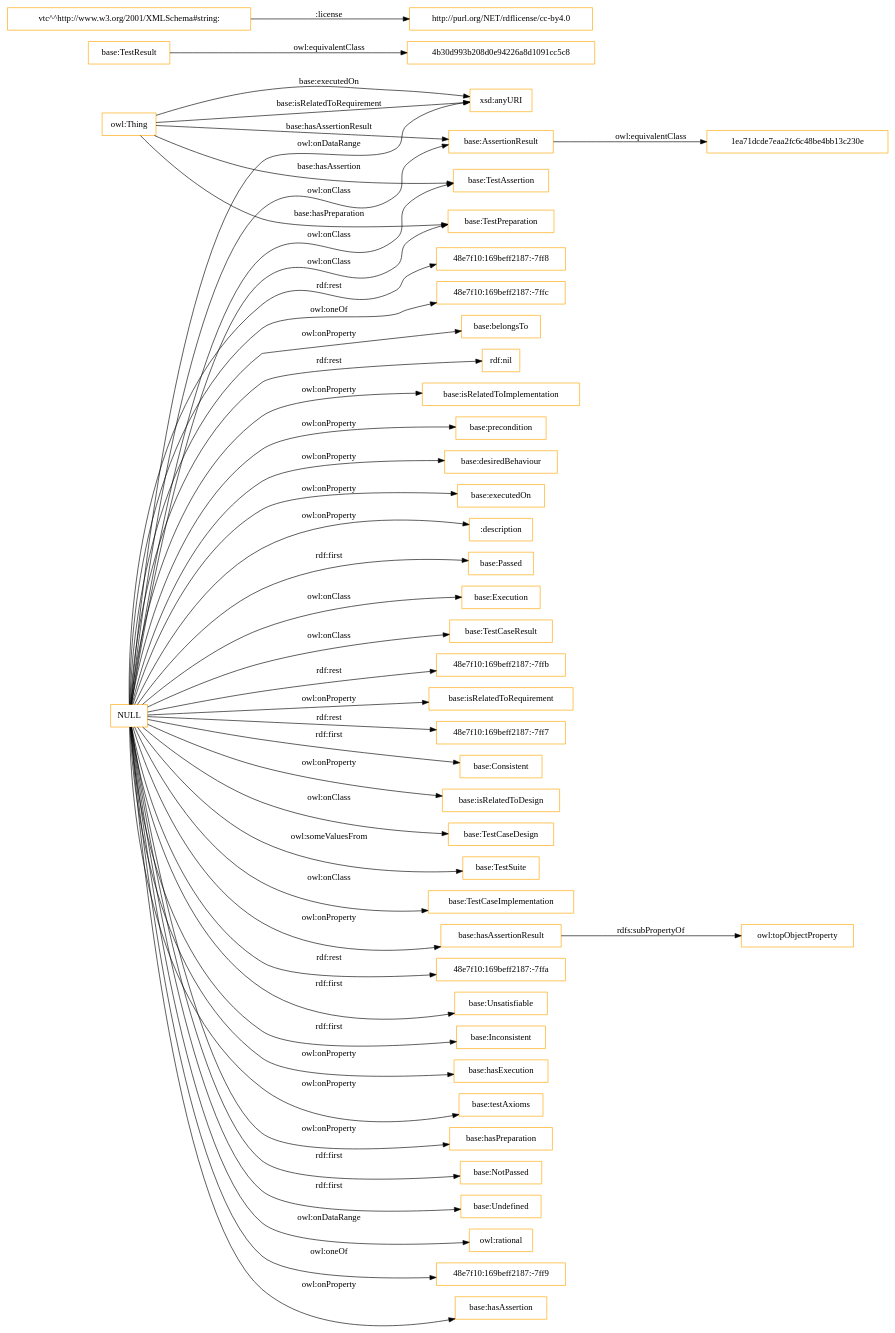
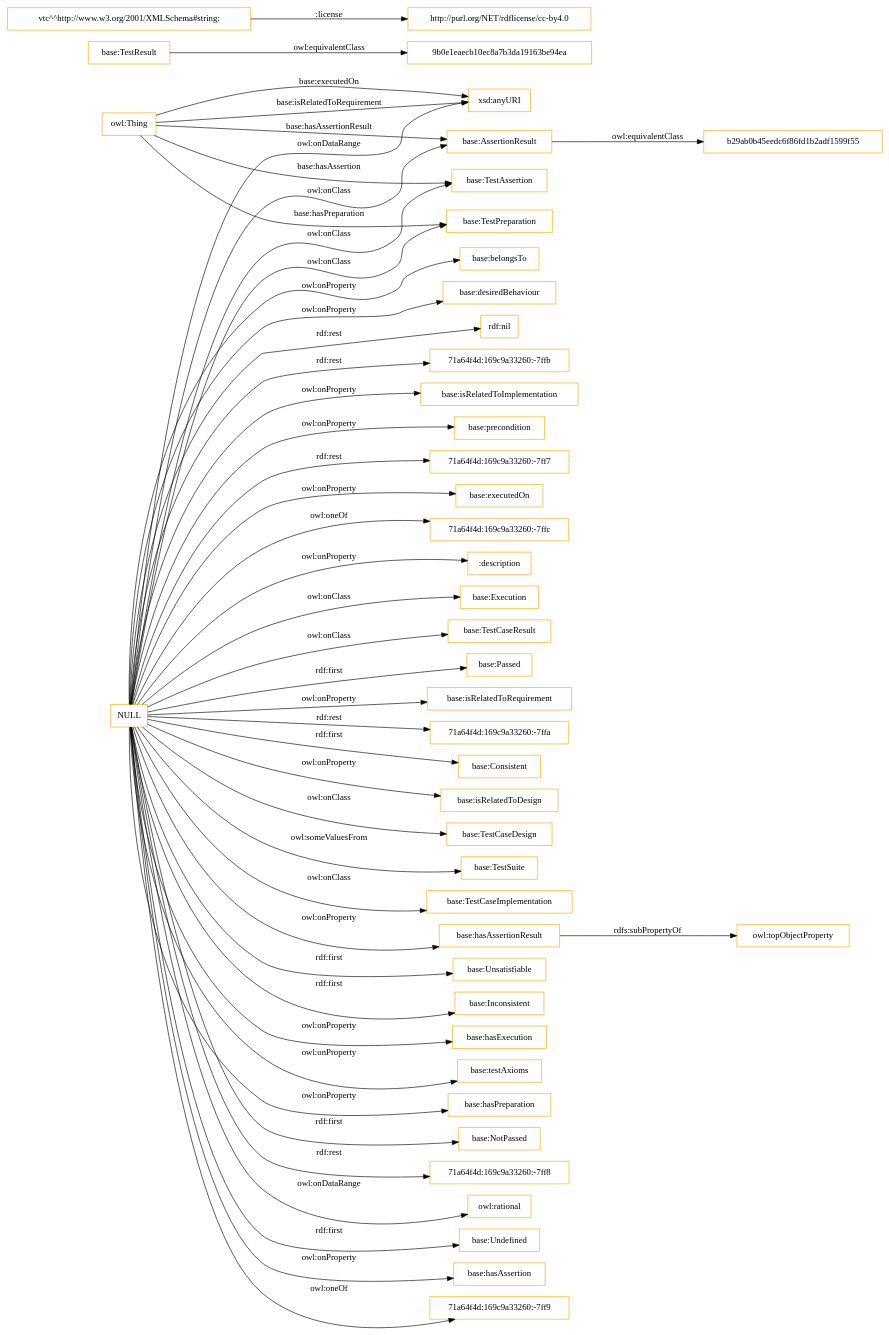
The diagram in OnToology/ontology/verification-test-description.ttl/diagrams/ar2dtool-class/verification-test-description.ttl.png.dot (albaizq/test-verification-ontology), drawn with Graphviz before and after one commit. The commit also changed 6 other files, not shown here.

```diff
--- a/OnToology/ontology/verification-test-description.ttl/diagrams/ar2dtool-class/verification-test-description.ttl.png.dot
+++ b/OnToology/ontology/verification-test-description.ttl/diagrams/ar2dtool-class/verification-test-description.ttl.png.dot
@@ -1,51 +1,51 @@
 digraph ar2dtool_diagram { 
 rankdir=LR;
 size="1501"
-node [shape = rectangle, color="orange"]; "base:Execution" "4b30d993b208d0e94226a8d1091cc5c8" "base:TestCaseResult" "1ea71dcde7eaa2fc6c48be4bb13c230e" "base:AssertionResult" "base:TestResult" "base:TestCaseDesign" "base:TestSuite" "base:TestCaseImplementation" "base:TestAssertion" "base:TestPreparation" ; /*classes style*/
-	"base:AssertionResult" -> "1ea71dcde7eaa2fc6c48be4bb13c230e" [ label = "owl:equivalentClass" ];
+node [shape = rectangle, color="orange"]; "base:Execution" "9b0e1eaecb10ec8a7b3da19163be94ea" "base:TestCaseResult" "base:AssertionResult" "base:TestResult" "base:TestCaseDesign" "base:TestSuite" "base:TestCaseImplementation" "base:TestAssertion" "base:TestPreparation" "b29ab0b45eedc6f86fd1b2adf1599f55" ; /*classes style*/
+	"base:AssertionResult" -> "b29ab0b45eedc6f86fd1b2adf1599f55" [ label = "owl:equivalentClass" ];
 	"base:hasAssertionResult" -> "owl:topObjectProperty" [ label = "rdfs:subPropertyOf" ];
-	"base:TestResult" -> "4b30d993b208d0e94226a8d1091cc5c8" [ label = "owl:equivalentClass" ];
+	"base:TestResult" -> "9b0e1eaecb10ec8a7b3da19163be94ea" [ label = "owl:equivalentClass" ];
 	"NULL" -> "base:Execution" [ label = "owl:onClass" ];
-	"NULL" -> "48e7f10:169beff2187:-7ffa" [ label = "rdf:rest" ];
+	"NULL" -> "base:Unsatisfiable" [ label = "rdf:first" ];
 	"NULL" -> "base:TestCaseResult" [ label = "owl:onClass" ];
-	"NULL" -> "base:Unsatisfiable" [ label = "rdf:first" ];
 	"NULL" -> "base:Inconsistent" [ label = "rdf:first" ];
 	"NULL" -> "base:hasExecution" [ label = "owl:onProperty" ];
 	"NULL" -> "base:testAxioms" [ label = "owl:onProperty" ];
 	"NULL" -> "base:hasPreparation" [ label = "owl:onProperty" ];
 	"NULL" -> "base:NotPassed" [ label = "rdf:first" ];
 	"NULL" -> "base:TestCaseImplementation" [ label = "owl:onClass" ];
-	"NULL" -> "base:Undefined" [ label = "rdf:first" ];
+	"NULL" -> "71a64f4d:169c9a33260:-7ff8" [ label = "rdf:rest" ];
 	"NULL" -> "base:TestPreparation" [ label = "owl:onClass" ];
 	"NULL" -> "owl:rational" [ label = "owl:onDataRange" ];
-	"NULL" -> "48e7f10:169beff2187:-7ff9" [ label = "owl:oneOf" ];
+	"NULL" -> "base:Undefined" [ label = "rdf:first" ];
 	"NULL" -> "base:hasAssertion" [ label = "owl:onProperty" ];
+	"NULL" -> "71a64f4d:169c9a33260:-7ff9" [ label = "owl:oneOf" ];
 	"NULL" -> "base:TestCaseDesign" [ label = "owl:onClass" ];
-	"NULL" -> "48e7f10:169beff2187:-7ff8" [ label = "rdf:rest" ];
-	"NULL" -> "48e7f10:169beff2187:-7ffc" [ label = "owl:oneOf" ];
 	"NULL" -> "base:AssertionResult" [ label = "owl:onClass" ];
 	"NULL" -> "base:belongsTo" [ label = "owl:onProperty" ];
+	"NULL" -> "base:desiredBehaviour" [ label = "owl:onProperty" ];
 	"NULL" -> "rdf:nil" [ label = "rdf:rest" ];
+	"NULL" -> "71a64f4d:169c9a33260:-7ffb" [ label = "rdf:rest" ];
 	"NULL" -> "base:isRelatedToImplementation" [ label = "owl:onProperty" ];
 	"NULL" -> "base:precondition" [ label = "owl:onProperty" ];
-	"NULL" -> "base:desiredBehaviour" [ label = "owl:onProperty" ];
+	"NULL" -> "71a64f4d:169c9a33260:-7ff7" [ label = "rdf:rest" ];
 	"NULL" -> "base:executedOn" [ label = "owl:onProperty" ];
+	"NULL" -> "71a64f4d:169c9a33260:-7ffc" [ label = "owl:oneOf" ];
 	"NULL" -> ":description" [ label = "owl:onProperty" ];
 	"NULL" -> "base:hasAssertionResult" [ label = "owl:onProperty" ];
 	"NULL" -> "base:Passed" [ label = "rdf:first" ];
-	"NULL" -> "48e7f10:169beff2187:-7ffb" [ label = "rdf:rest" ];
 	"NULL" -> "base:isRelatedToRequirement" [ label = "owl:onProperty" ];
-	"NULL" -> "48e7f10:169beff2187:-7ff7" [ label = "rdf:rest" ];
 	"NULL" -> "xsd:anyURI" [ label = "owl:onDataRange" ];
 	"NULL" -> "base:TestSuite" [ label = "owl:someValuesFrom" ];
+	"NULL" -> "71a64f4d:169c9a33260:-7ffa" [ label = "rdf:rest" ];
 	"NULL" -> "base:TestAssertion" [ label = "owl:onClass" ];
 	"NULL" -> "base:Consistent" [ label = "rdf:first" ];
 	"NULL" -> "base:isRelatedToDesign" [ label = "owl:onProperty" ];
 	"vtc^^http://www.w3.org/2001/XMLSchema#string:" -> "http://purl.org/NET/rdflicense/cc-by4.0" [ label = ":license" ];
 	"owl:Thing" -> "base:TestAssertion" [ label = "base:hasAssertion" ];
 	"owl:Thing" -> "base:TestPreparation" [ label = "base:hasPreparation" ];
 	"owl:Thing" -> "xsd:anyURI" [ label = "base:executedOn" ];
 	"owl:Thing" -> "base:AssertionResult" [ label = "base:hasAssertionResult" ];
 	"owl:Thing" -> "xsd:anyURI" [ label = "base:isRelatedToRequirement" ];
 
 }
```
